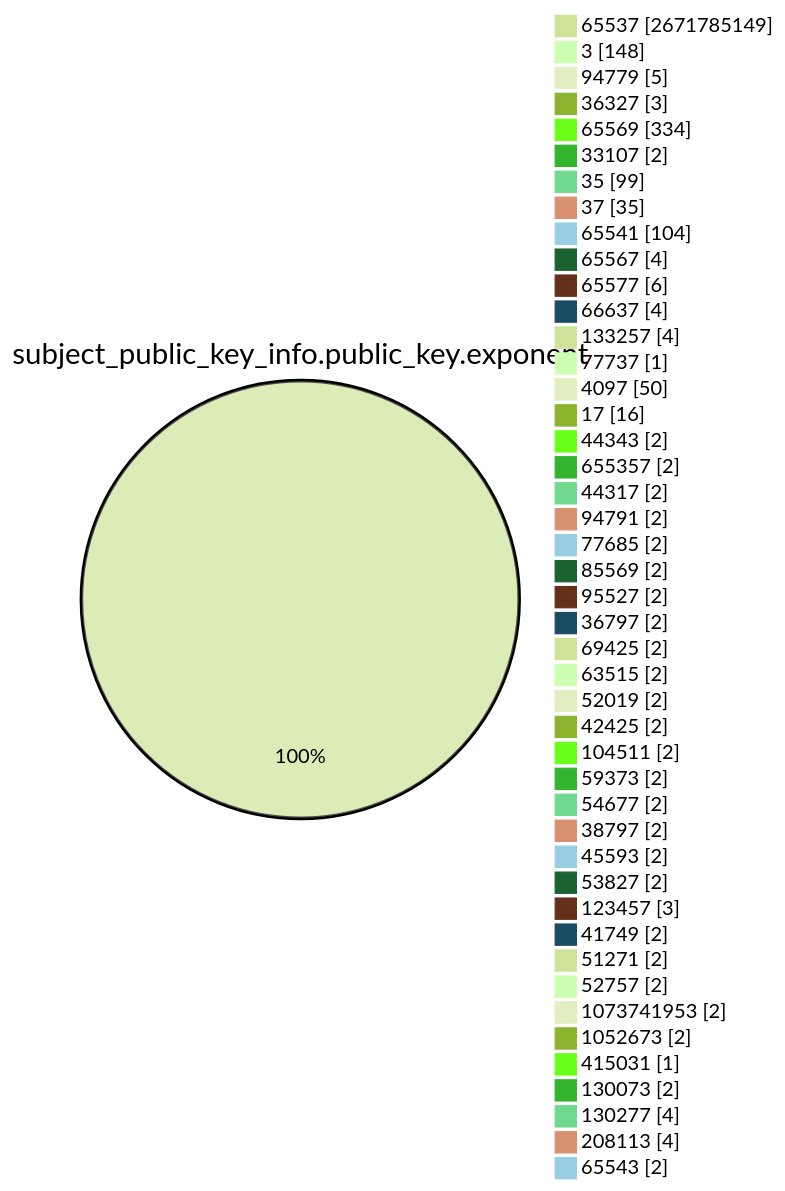
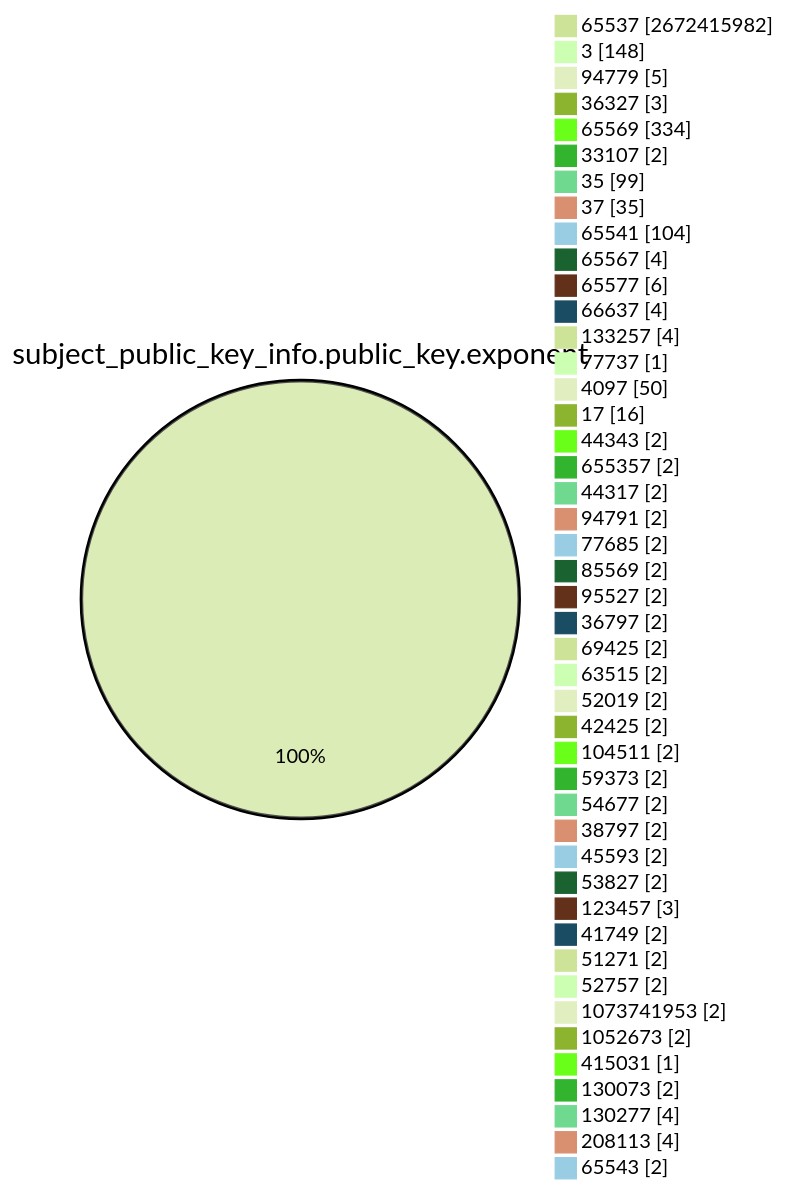
One commit to christiankrug/ctmonitor_visualization changed the fourth of 15 diagrams in TOTAL/README.md. Above: the diagram before and after it, drawn with Mermaid (forest theme). The commit also changed other lines of this file, not shown here.

````diff
--- a/TOTAL/README.md
+++ b/TOTAL/README.md
@@ -1466,49 +1466,49 @@
 ```mermaid
 pie showData
 title subject_public_key_info.public_key.exponent
-"65537" :2671785149
+"65537" :2672415982
 "3" :148
 "94779" :5
 "36327" :3
 "65569" :334
 "33107" :2
 "35" :99
 "37" :35
 "65541" :104
 "65567" :4
 "65577" :6
 "66637" :4
 "133257" :4
 "77737" :1
 "4097" :50
 "17" :16
 "44343" :2
 "655357" :2
 "44317" :2
 "94791" :2
 "77685" :2
 "85569" :2
 "95527" :2
 "36797" :2
 "69425" :2
 "63515" :2
 "52019" :2
 "42425" :2
 "104511" :2
 "59373" :2
 "54677" :2
 "38797" :2
 "45593" :2
 "53827" :2
 "123457" :3
 "41749" :2
 "51271" :2
 "52757" :2
 "1073741953" :2
 "1052673" :2
 "415031" :1
 "130073" :2
 "130277" :4
 "208113" :4
 "65543" :2
 ```
````
